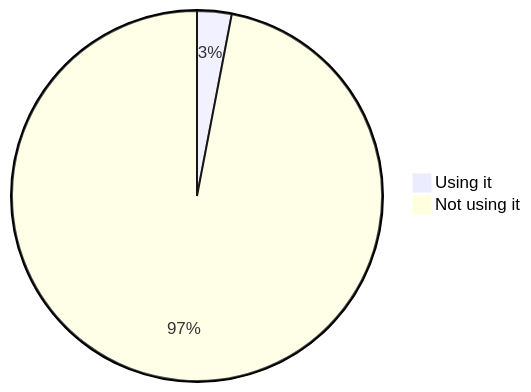
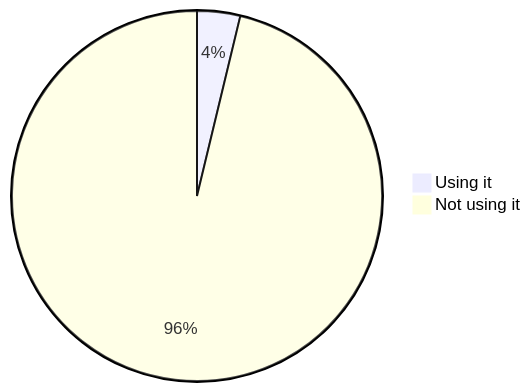
The seventh of 22 diagrams in stats.md (oshp/oshp-stats), drawn with Mermaid before and after one commit. The commit also changed other lines of this file, not shown here.

````diff
--- a/stats.md
+++ b/stats.md
@@ -82,6 +82,6 @@
 ```mermaid
 pie
-	"Using it" : 3.01
-	"Not using it" : 96.99
+	"Using it" : 3.76
+	"Not using it" : 96.24
 
 ```
````
